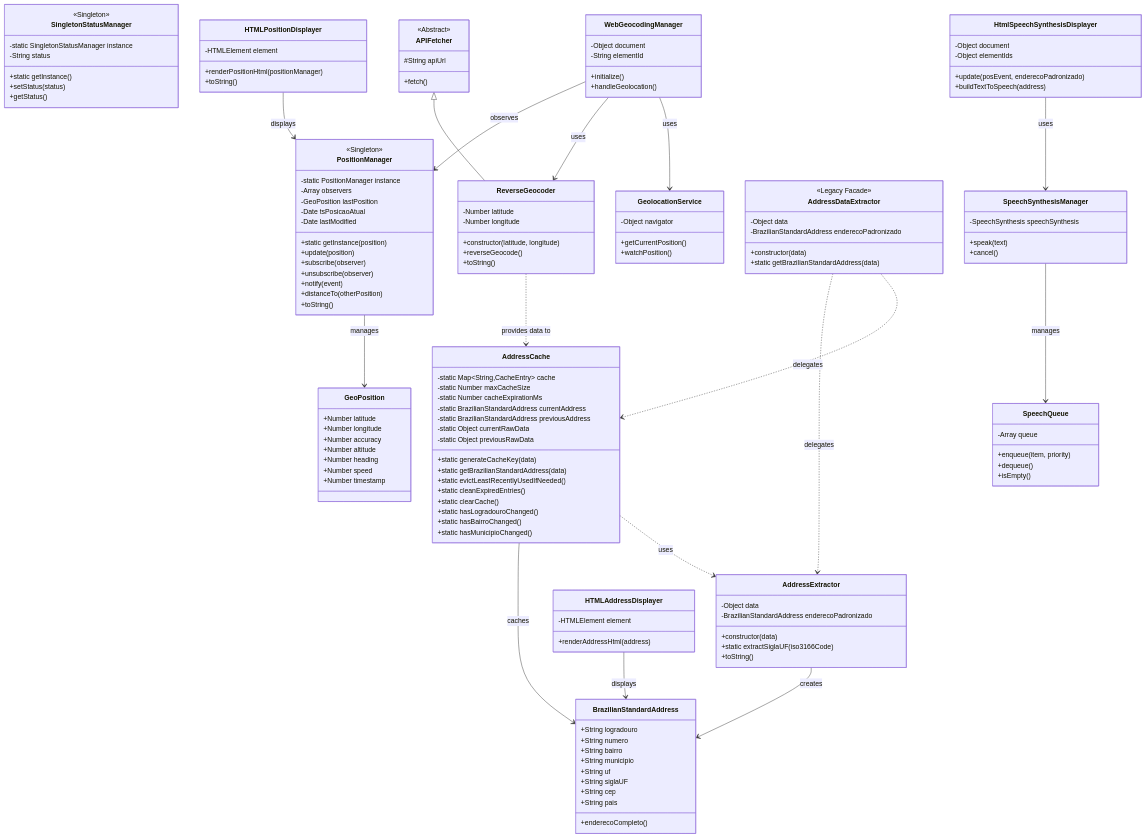
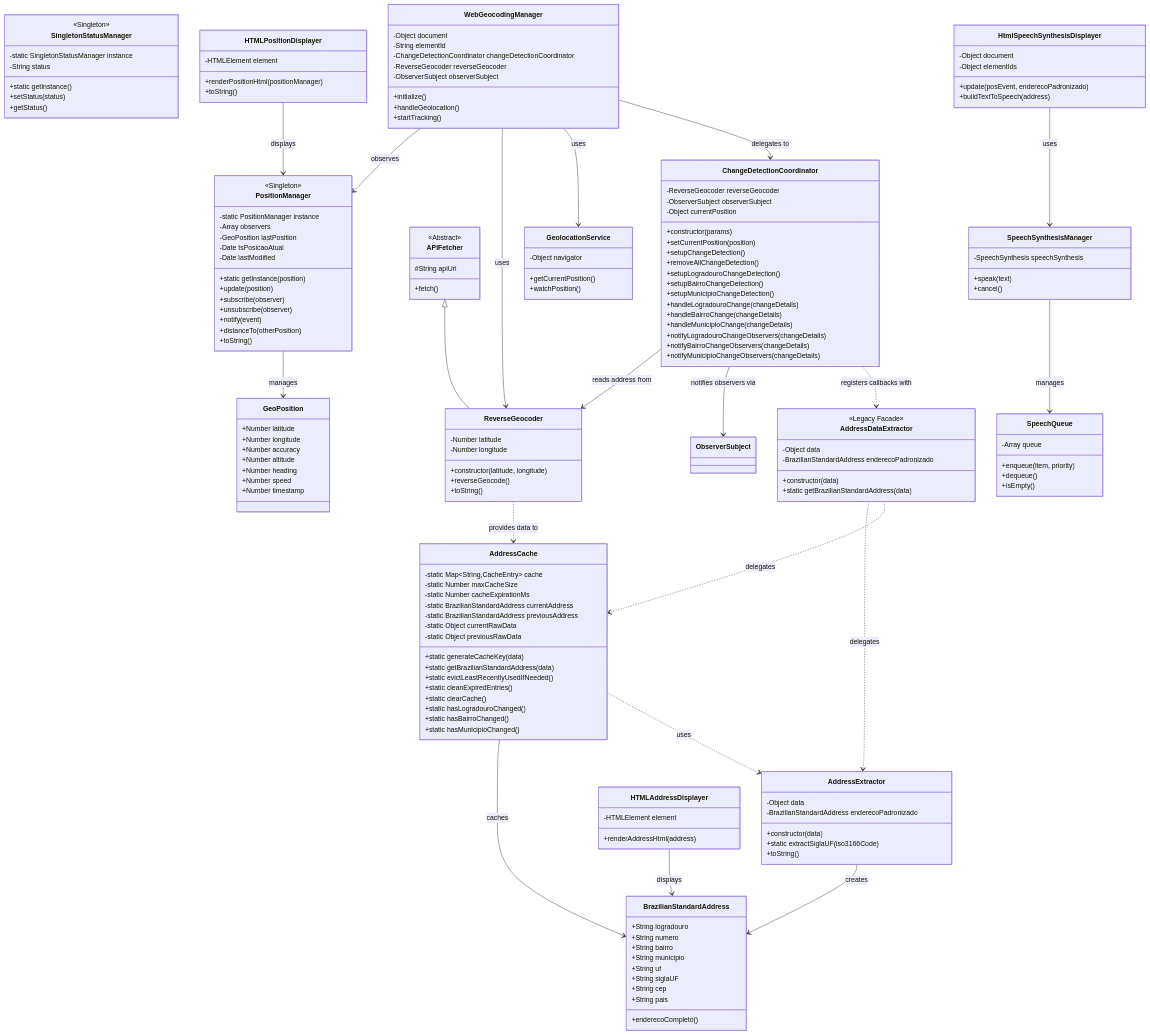
One commit to mpbarbosa/guia.js changed the second of 2 diagrams in docs/CLASS_DIAGRAM.md. Above: the diagram before and after it, drawn with Mermaid. The commit also changed other lines of this file, not shown here.

Commit message:
Update CLASS_DIAGRAM.md with ChangeDetectionCoordinator documentation

```diff
--- a/docs/CLASS_DIAGRAM.md
+++ b/docs/CLASS_DIAGRAM.md
@@ -209,11 +233,34 @@
         +watchPosition()
     }
     
+    class ChangeDetectionCoordinator {
+        -ReverseGeocoder reverseGeocoder
+        -ObserverSubject observerSubject
+        -Object currentPosition
+        +constructor(params)
+        +setCurrentPosition(position)
+        +setupChangeDetection()
+        +removeAllChangeDetection()
+        +setupLogradouroChangeDetection()
+        +setupBairroChangeDetection()
+        +setupMunicipioChangeDetection()
+        +handleLogradouroChange(changeDetails)
+        +handleBairroChange(changeDetails)
+        +handleMunicipioChange(changeDetails)
+        +notifyLogradouroChangeObservers(changeDetails)
+        +notifyBairroChangeObservers(changeDetails)
+        +notifyMunicipioChangeObservers(changeDetails)
+    }
+    
     class WebGeocodingManager {
         -Object document
         -String elementId
+        -ChangeDetectionCoordinator changeDetectionCoordinator
+        -ReverseGeocoder reverseGeocoder
+        -ObserverSubject observerSubject
         +initialize()
         +handleGeolocation()
+        +startTracking()
     }
     
     %% Data Processing Layer (Post PR #121)
@@ -307,6 +354,10 @@
     WebGeocodingManager --> PositionManager: observes
     WebGeocodingManager --> ReverseGeocoder: uses
     WebGeocodingManager --> GeolocationService: uses
+    WebGeocodingManager --> ChangeDetectionCoordinator: delegates to
+    ChangeDetectionCoordinator --> ReverseGeocoder: reads address from
+    ChangeDetectionCoordinator --> ObserverSubject: notifies observers via
+    ChangeDetectionCoordinator ..> AddressDataExtractor: registers callbacks with
     HTMLPositionDisplayer --> PositionManager: displays
     HTMLAddressDisplayer --> BrazilianStandardAddress: displays
     HtmlSpeechSynthesisDisplayer --> SpeechSynthesisManager: uses
```
